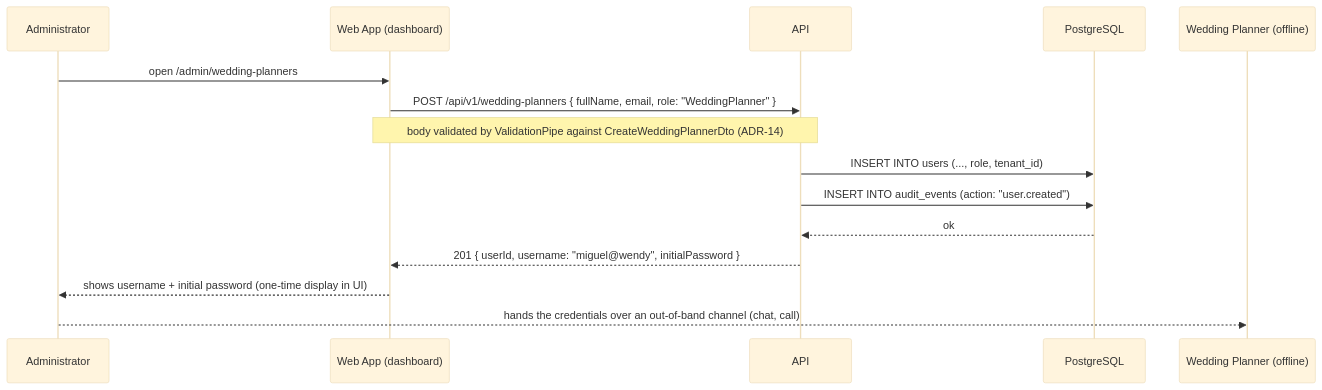
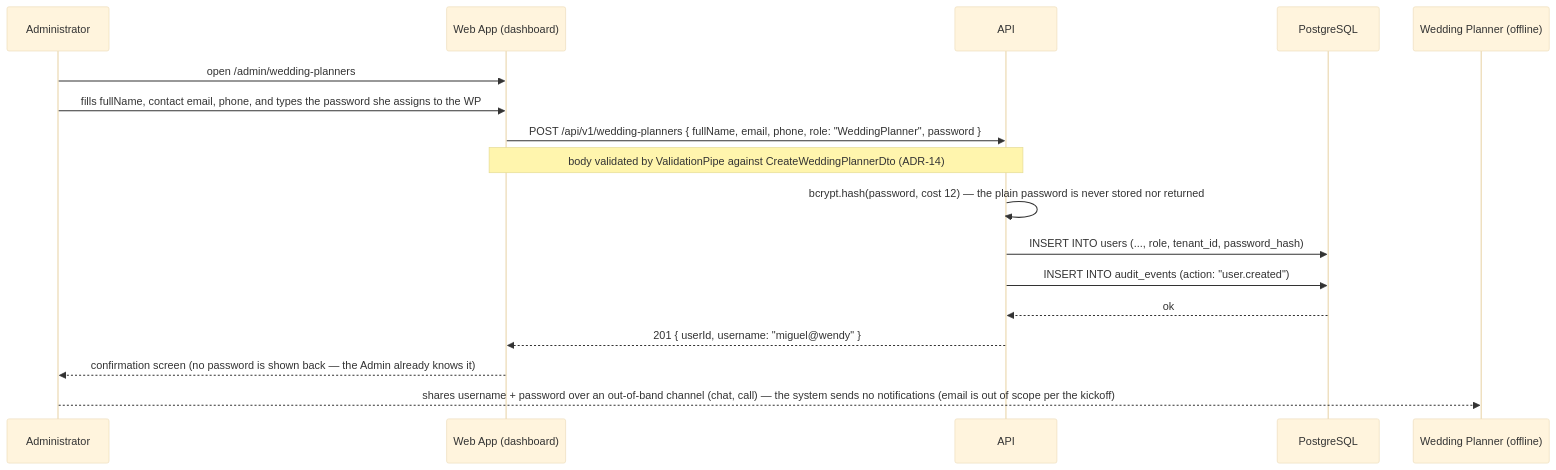
The fifth of 12 diagrams in 3-architecture/3.1-architecture/architecture.md (mgalindor/vin-wedding-doc), drawn with Mermaid (base theme) before and after one commit. The commit also changed other lines of this file and 14 other files, not shown here.

Commit message:
docs: Added Architecture an planning documentation

````diff
--- a/3-architecture/3.1-architecture/architecture.md
+++ b/3-architecture/3.1-architecture/architecture.md
@@ -404,18 +416,20 @@
 ```mermaid
 sequenceDiagram
     participant A as Administrator
     participant W as Web App (dashboard)
     participant API as API
     participant DB as PostgreSQL
     participant WP as Wedding Planner (offline)
 
     A->>W: open /admin/wedding-planners
-    W->>API: POST /api/v1/wedding-planners { fullName, email, role: "WeddingPlanner" }
+    A->>W: fills fullName, contact email, phone, and types the password she assigns to the WP
+    W->>API: POST /api/v1/wedding-planners { fullName, email, phone, role: "WeddingPlanner", password }
     Note over W,API: body validated by ValidationPipe against CreateWeddingPlannerDto (ADR-14)
-    API->>DB: INSERT INTO users (..., role, tenant_id)
+    API->>API: bcrypt.hash(password, cost 12) — the plain password is never stored nor returned
+    API->>DB: INSERT INTO users (..., role, tenant_id, password_hash)
     API->>DB: INSERT INTO audit_events (action: "user.created")
     DB-->>API: ok
-    API-->>W: 201 { userId, username: "miguel@wendy", initialPassword }
-    W-->>A: shows username + initial password (one-time display in UI)
-    A-->>WP: hands the credentials over an out-of-band channel (chat, call)
+    API-->>W: 201 { userId, username: "miguel@wendy" }
+    W-->>A: confirmation screen (no password is shown back — the Admin already knows it)
+    A-->>WP: shares username + password over an out-of-band channel (chat, call) — the system sends no notifications (email is out of scope per the kickoff)
 ```
````
